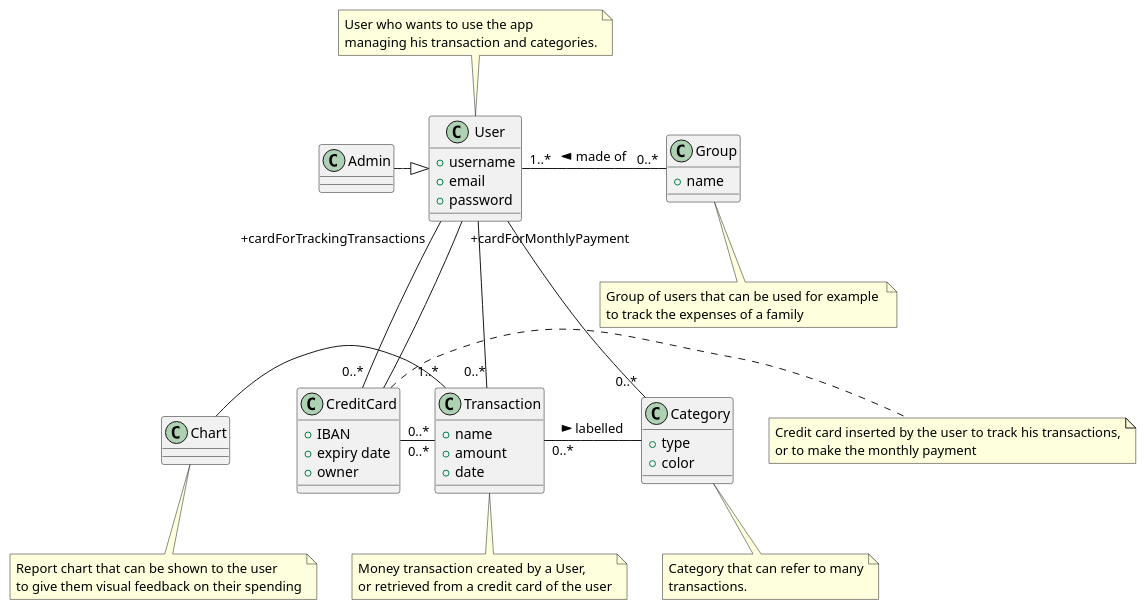
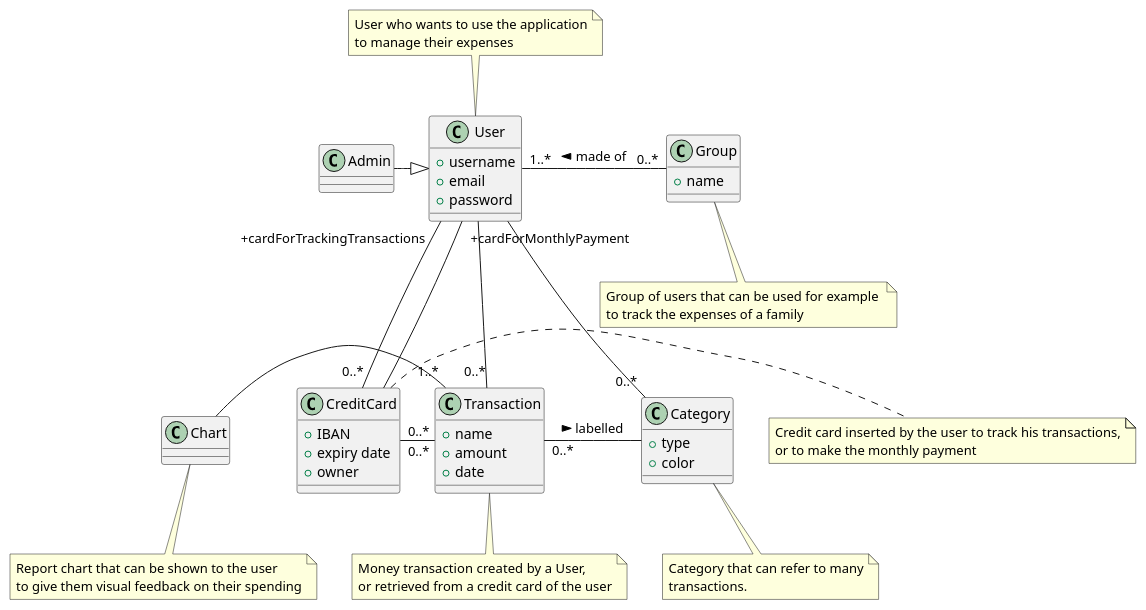
The third of 5 diagrams in RequirementsDocumentV2.md (lara-m2000/ezwallet), drawn with PlantUML before and after one commit. The commit also changed other lines of this file, not shown here.

```diff
--- a/RequirementsDocumentV2.md
+++ b/RequirementsDocumentV2.md
@@ -999,8 +998,8 @@
 }
 
 note top of User
-User who wants to use the app
-managing his transaction and categories.
+User who wants to use the application
+to manage their expenses
 endnote
 
 class Admin {
```
